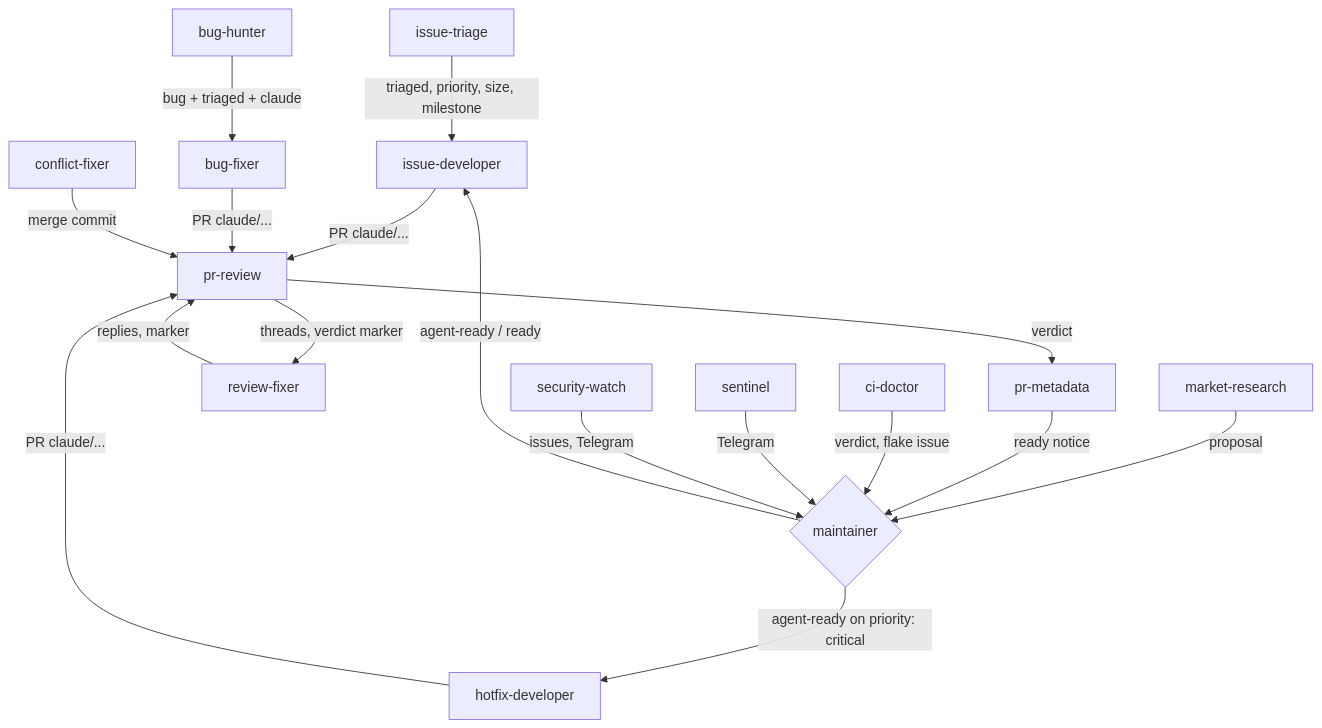
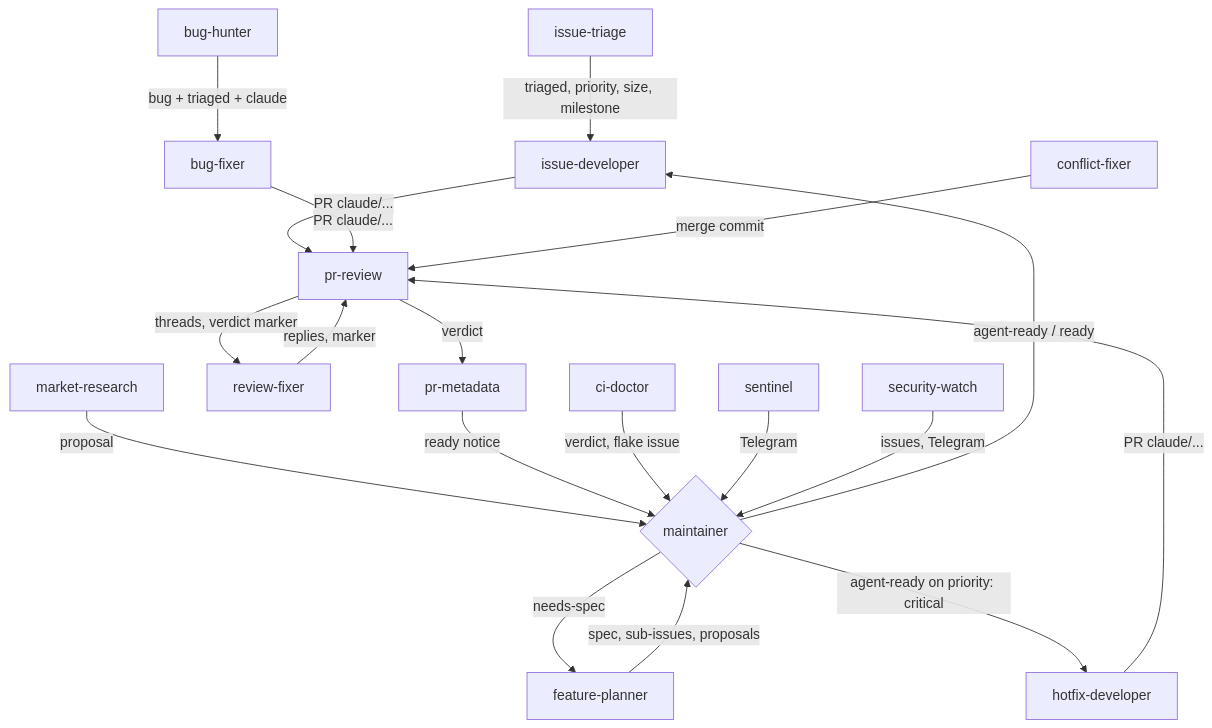
The diagram in docs/architecture.md (exceev-consulting/agent-crew-harness), drawn with Mermaid before and after one commit. The commit also changed 94 other files, not shown here.

First line of the commit message:
Add the feature-planner and status-board routines (16 routines)

````diff
--- a/docs/architecture.md
+++ b/docs/architecture.md
@@ -30,17 +30,19 @@
 ```mermaid
 flowchart TB
   triage[issue-triage] -->|triaged, priority, size, milestone| dev[issue-developer]
   hunter[bug-hunter] -->|bug + triaged + claude| fixer[bug-fixer]
   research[market-research] -->|proposal| you{maintainer}
+  you -->|needs-spec| planner[feature-planner]
+  planner -->|spec, sub-issues, proposals| you
   you -->|agent-ready / ready| dev
   you -->|agent-ready on priority: critical| hotdev[hotfix-developer]
   dev & hotdev & fixer -->|PR claude/...| review[pr-review]
   review -->|threads, verdict marker| rfix[review-fixer]
   rfix -->|replies, marker| review
   review -->|verdict| meta[pr-metadata]
   meta -->|ready notice| you
   conflict[conflict-fixer] -->|merge commit| review
   ci[ci-doctor] -->|verdict, flake issue| you
   sentinel[sentinel] -->|Telegram| you
   secwatch[security-watch] -->|issues, Telegram| you
 ```
````
